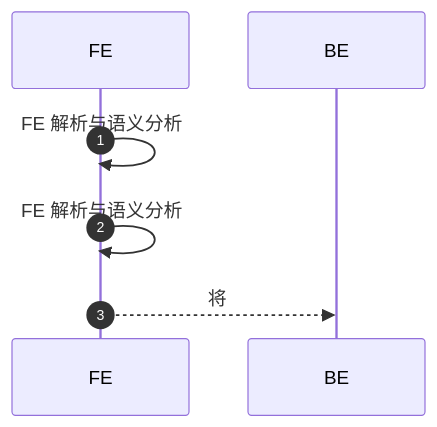
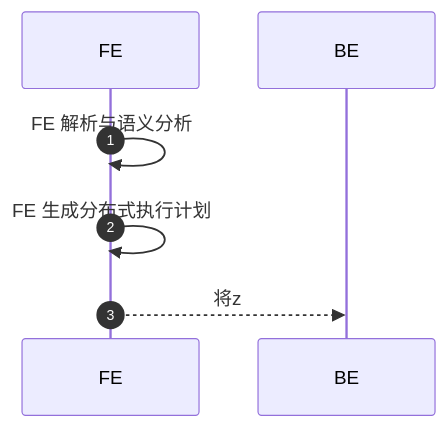
One commit to HY-10-8/iodraw-files changed the diagram in all/Doris-写入数据.md. Above: the diagram before and after it, drawn with Mermaid.

Commit message:
2026-04-22 17:13:06 update

````diff
--- a/all/Doris-写入数据.md
+++ b/all/Doris-写入数据.md
@@ -1,11 +1,11 @@
 ```mermaid
 sequenceDiagram
     autonumber
 
     participant FE
     participant BE
 
     FE->>FE: FE 解析与语义分析
-    FE->>FE: FE 解析与语义分析
-    FE-->>BE: 将
+    FE->>FE: FE 生成分布式执行计划
+    FE-->>BE: 将z
 ```
````
